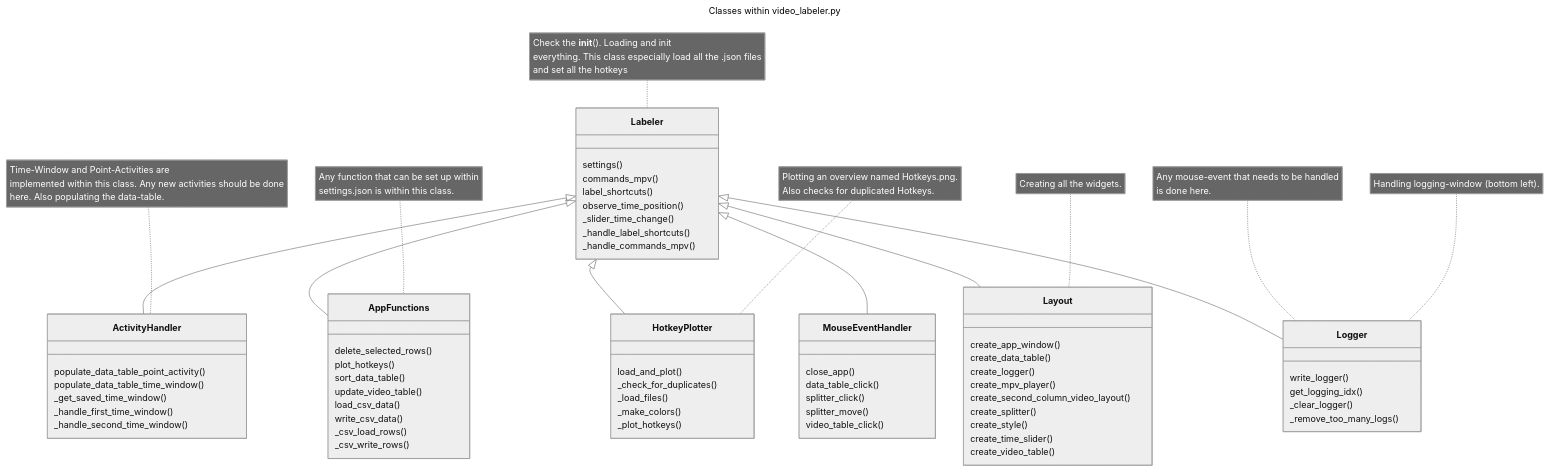
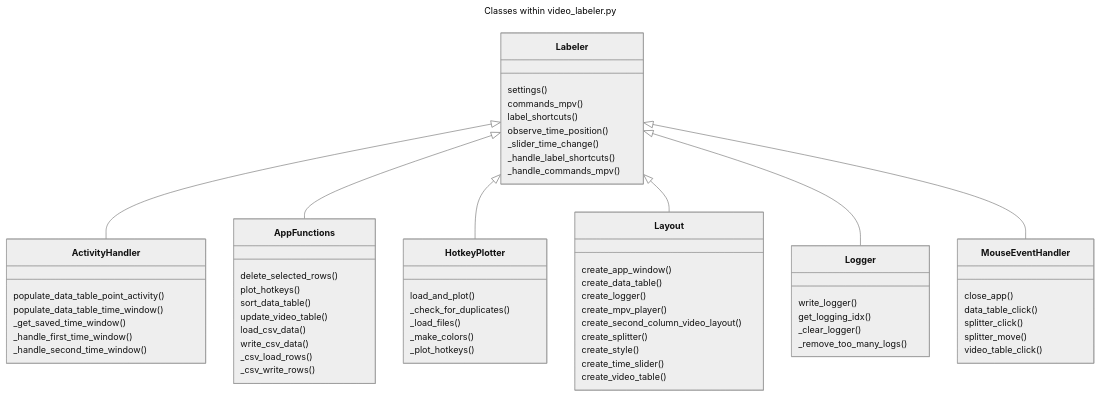
Before and after one commit to VitaliKStud/video-labeler: the diagram in README.md, drawn with Mermaid (neutral theme). The commit also changed other lines of this file, not shown here.

````diff
--- a/README.md
+++ b/README.md
@@ -50,81 +69,67 @@
 ```mermaid
 ---
 title: Classes within video_labeler.py
 ---
 classDiagram
-    note for Labeler "Check the __init__(). Loading and init 
-    everything. This class especially load all the .json files
-    and set all the hotkeys"
-    note for ActivityHandler "Time-Window and Point-Activities are
-    implemented within this class. Any new activities should be done
-    here. Also populating the data-table."
-    note for AppFunctions "Any function that can be set up within 
-    settings.json is within this class."
-    note for HotkeyPlotter "Plotting an overview named Hotkeys.png.
-    Also checks for duplicated Hotkeys."
-    note for Layout "Creating all the widgets."
-    note for Logger "Handling logging-window (bottom left)."
-    note for Logger "Any mouse-event that needs to be handled
-    is done here."
     Labeler <|-- ActivityHandler
     Labeler <|-- AppFunctions
     Labeler <|-- HotkeyPlotter
     Labeler <|-- Layout
     Labeler <|-- Logger
     Labeler <|-- MouseEventHandler
     Labeler : settings()
     Labeler : commands_mpv()
     Labeler : label_shortcuts()
     Labeler : observe_time_position()
     Labeler : _slider_time_change()
     Labeler : _handle_label_shortcuts()
     Labeler : _handle_commands_mpv()
     class ActivityHandler{
         populate_data_table_point_activity()
         populate_data_table_time_window()
         _get_saved_time_window()
         _handle_first_time_window()
         _handle_second_time_window()
     }
     class AppFunctions{
         delete_selected_rows()
         plot_hotkeys()
         sort_data_table()
         update_video_table()
         load_csv_data()
         write_csv_data()
         _csv_load_rows()
         _csv_write_rows()  
     }
     class HotkeyPlotter{
         load_and_plot()
         _check_for_duplicates()
         _load_files()
         _make_colors()
         _plot_hotkeys()
     }
     class Layout{
         create_app_window()
         create_data_table()
         create_logger()
         create_mpv_player()
         create_second_column_video_layout()
         create_splitter()
         create_style()
         create_time_slider()
         create_video_table()
     }
     class Logger{
         write_logger()
         get_logging_idx()
         _clear_logger()
         _remove_too_many_logs()
     }
     class MouseEventHandler{
         close_app()
         data_table_click()
         splitter_click()
         splitter_move()
         video_table_click()
     }
 ```
````
